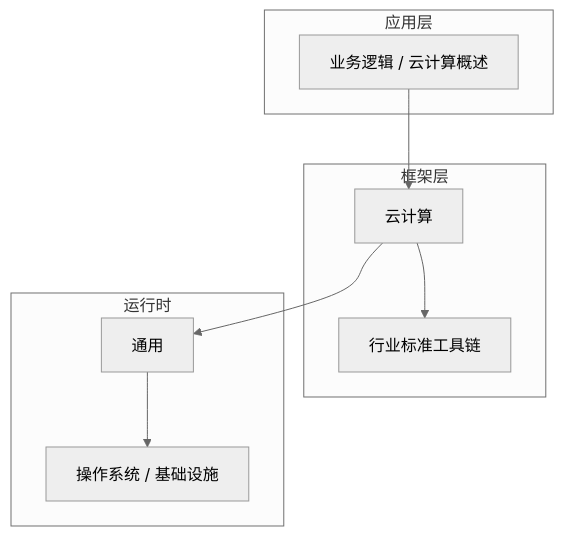
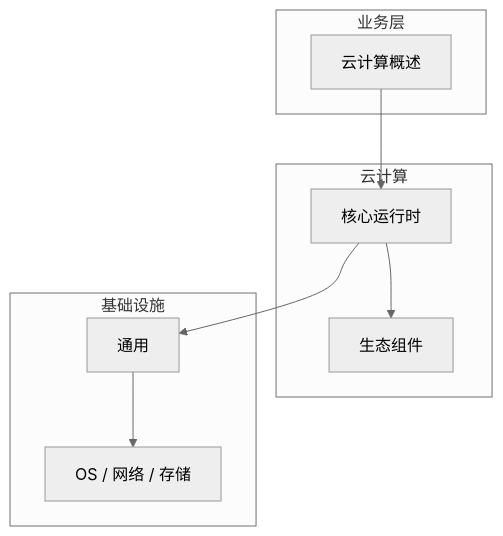
One commit to yanggan2015/knowledge-json-v2 changed the diagram in articles/云计算/chapters/001-云计算概述核心概念与原理.md. Above: the diagram before and after it, drawn with Mermaid (neutral theme). The commit also changed other lines of this file and 10127 other files, not shown here.

````diff
--- a/articles/云计算/chapters/001-云计算概述核心概念与原理.md
+++ b/articles/云计算/chapters/001-云计算概述核心概念与原理.md
@@ -45,18 +34,18 @@
 ```mermaid
 graph TB
-    subgraph 应用层
-        A[业务逻辑 / 云计算概述]
+    subgraph 业务层
+        A[云计算概述]
     end
-    subgraph 框架层
-        B[云计算]
-        C[行业标准工具链]
+    subgraph 云计算
+        B[核心运行时]
+        C[生态组件]
     end
-    subgraph 运行时
+    subgraph 基础设施
         D[通用]
-        E[操作系统 / 基础设施]
+        E[OS / 网络 / 存储]
     end
     A --> B
     B --> C
     B --> D
     D --> E
 ```
````
